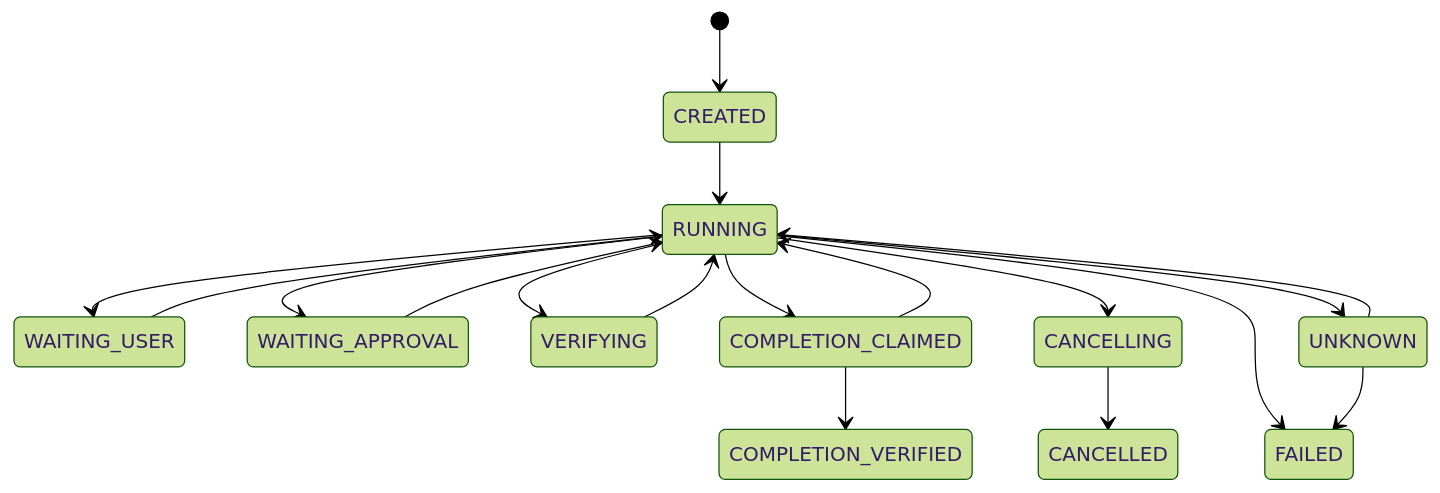
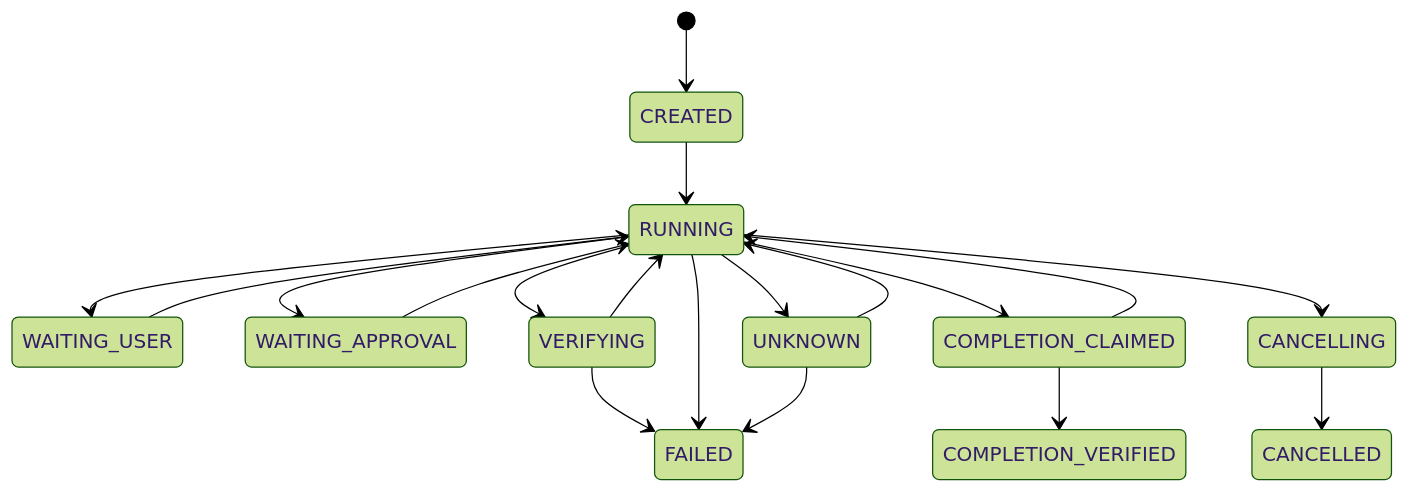
Before and after one commit to TimmmmmY827/CodeFlow-Agent: the diagram in docs/components/01-event-state.md, drawn with Mermaid (forest theme). The commit also changed other lines of this file and 33 other files, not shown here.

````diff
--- a/docs/components/01-event-state.md
+++ b/docs/components/01-event-state.md
@@ -48,20 +62,21 @@
 ```mermaid
 stateDiagram-v2
     [*] --> CREATED
     CREATED --> RUNNING
     RUNNING --> WAITING_USER
     WAITING_USER --> RUNNING
     RUNNING --> WAITING_APPROVAL
     WAITING_APPROVAL --> RUNNING
     RUNNING --> VERIFYING
     VERIFYING --> RUNNING
+    VERIFYING --> FAILED
     RUNNING --> COMPLETION_CLAIMED
     COMPLETION_CLAIMED --> COMPLETION_VERIFIED
     COMPLETION_CLAIMED --> RUNNING
     RUNNING --> CANCELLING
     CANCELLING --> CANCELLED
     RUNNING --> FAILED
     RUNNING --> UNKNOWN
     UNKNOWN --> RUNNING
     UNKNOWN --> FAILED
 ```
````
